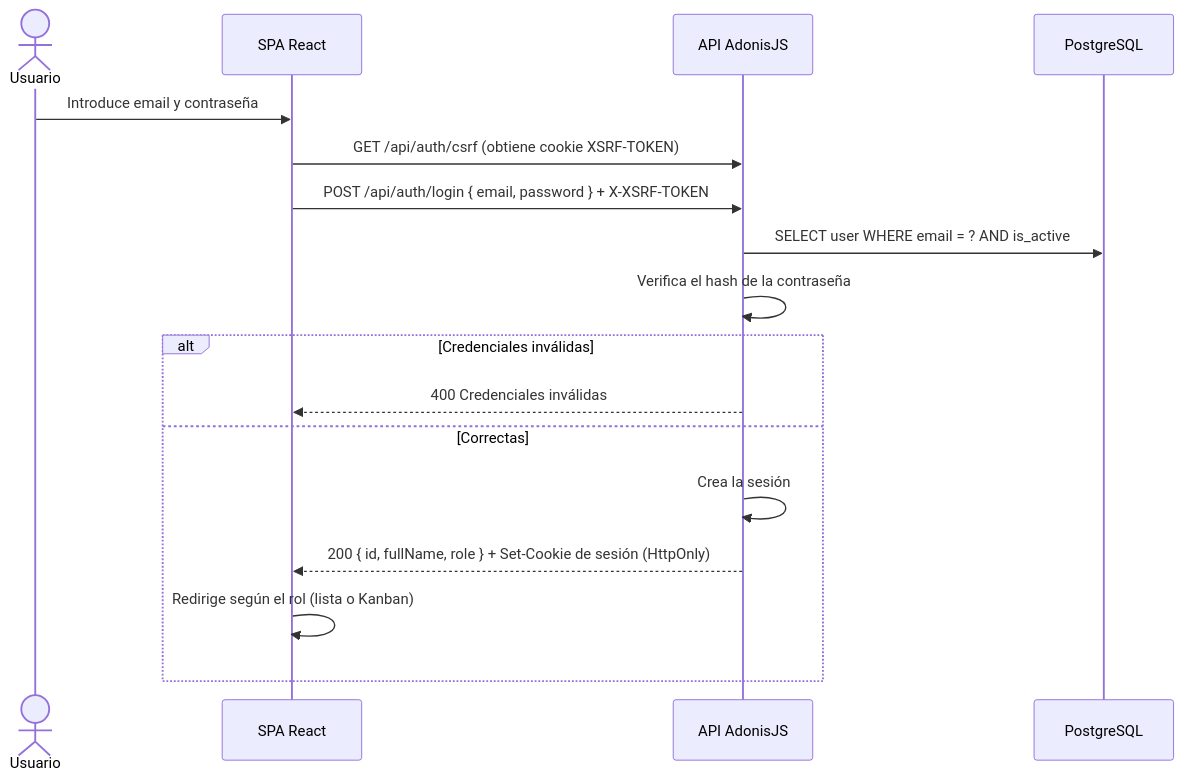
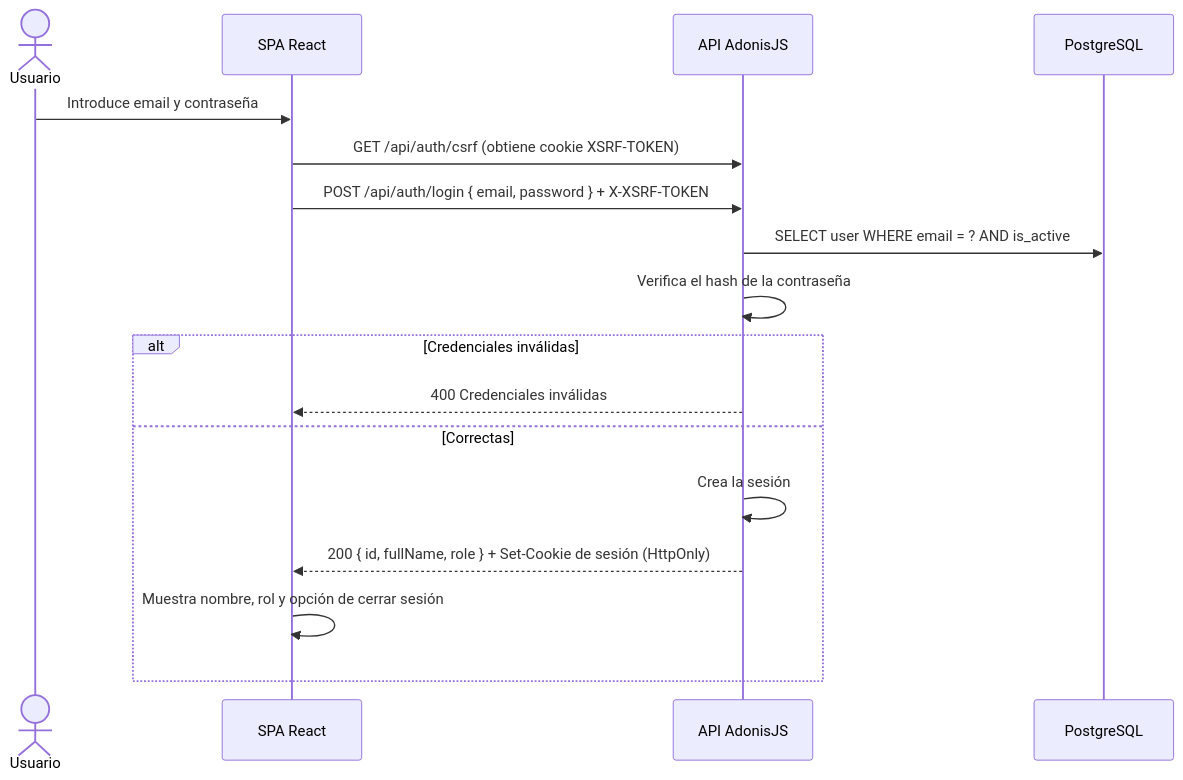
Before and after one commit to pedrolaralara/AI4Devs-finalproject: the sixth of 11 diagrams in ARQUITECTURA.md, drawn with Mermaid. The commit also changed 10 other files, not shown here.

````diff
--- a/ARQUITECTURA.md
+++ b/ARQUITECTURA.md
@@ -269,20 +269,20 @@
 ```mermaid
 sequenceDiagram
     actor U as Usuario
     participant SPA as SPA React
     participant API as API AdonisJS
     participant DB as PostgreSQL
 
     U->>SPA: Introduce email y contraseña
     SPA->>API: GET /api/auth/csrf (obtiene cookie XSRF-TOKEN)
     SPA->>API: POST /api/auth/login { email, password } + X-XSRF-TOKEN
     API->>DB: SELECT user WHERE email = ? AND is_active
     API->>API: Verifica el hash de la contraseña
     alt Credenciales inválidas
         API-->>SPA: 400 Credenciales inválidas
     else Correctas
         API->>API: Crea la sesión
         API-->>SPA: 200 { id, fullName, role } + Set-Cookie de sesión (HttpOnly)
-        SPA->>SPA: Redirige según el rol (lista o Kanban)
+        SPA->>SPA: Muestra nombre, rol y opción de cerrar sesión
     end
 ```
````
